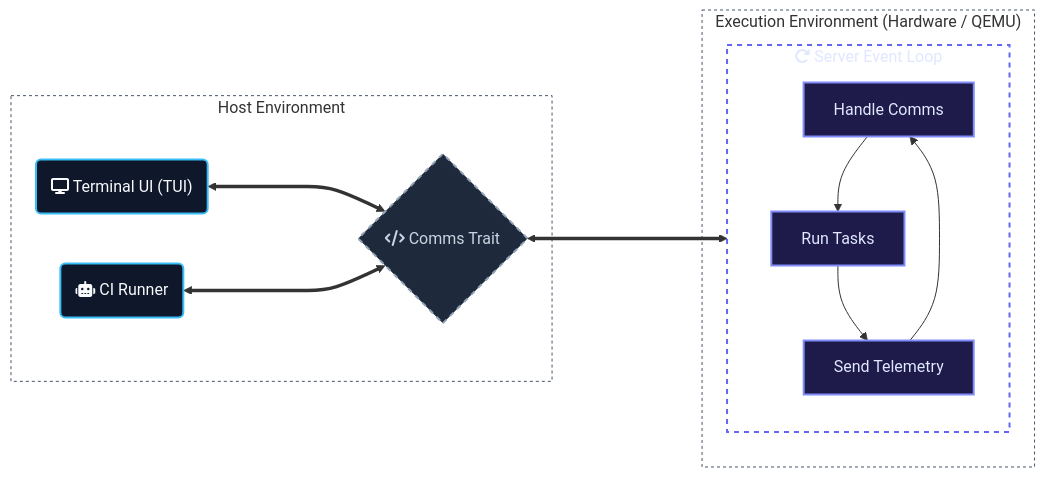
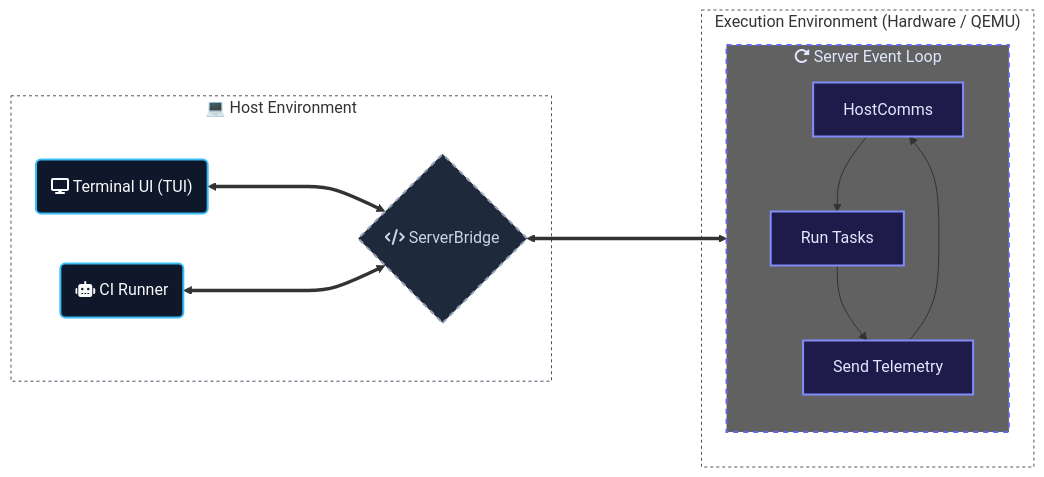
The diagram in README.md (Dyse-Industries/control-rs), drawn with Mermaid before and after one commit. The commit also changed other lines of this file, not shown here.

````diff
--- a/README.md
+++ b/README.md
@@ -21,42 +11,41 @@
 ```mermaid
 ---
 config:
   layout: dagre
 ---
 flowchart LR
- subgraph Host["Host Environment"]
+ subgraph Host["💻 Host Environment"]
         TUI("fa:fa-display Terminal UI (TUI)")
         CI("fa:fa-robot CI Runner")
-        Comm{"fa:fa-code Comms Trait"}
+        Comm{"fa:fa-code ServerBridge"}
   end
  subgraph Loop["fa:fa-rotate-right Server Event Loop"]
     direction TB
-        Comms["Handle Comms"]
+        Comms["HostComms"]
         Tasks["Run Tasks"]
         Telem["Send Telemetry"]
   end
  subgraph TargetEnv["Execution Environment (Hardware / QEMU)"]
         Loop
   end
     Comms --> Tasks
     Tasks --> Telem
     Telem --> Comms
     TUI <====> Comm
     CI <====> Comm
     Comm <====> Comms
 
-    TUI:::host
-    CI:::host
-    Comm:::link
-    Comms:::target
-    Tasks:::target
-    Telem:::target
-
+     TUI:::host
+     CI:::host
+     Comm:::link
+     Comms:::target
+     Tasks:::target
+     Telem:::target
     classDef host fill:#0f172a,stroke:#38bdf8,stroke-width:2px,color:#f8fafc
     classDef link fill:#1e293b,stroke:#94a3b8,stroke-width:2px,stroke-dasharray:5 5,color:#cbd5e1
     classDef target fill:#1e1b4b,stroke:#818cf8,stroke-width:2px,color:#e0e7ff
+    style Comms fill:#1e1b4b
+    style Loop fill:#616161,stroke:#6366f1,stroke-width:2px,stroke-dasharray:5 5,color:#e0e7ff
     style Host fill:transparent,stroke:#475569,stroke-width:1px,stroke-dasharray:3 3
     style TargetEnv fill:transparent,stroke:#475569,stroke-width:1px,stroke-dasharray:3 3
-    style Loop fill:transparent,stroke:#6366f1,stroke-width:2px,stroke-dasharray:5 5,color:#e0e7ff
-
 ```
````
